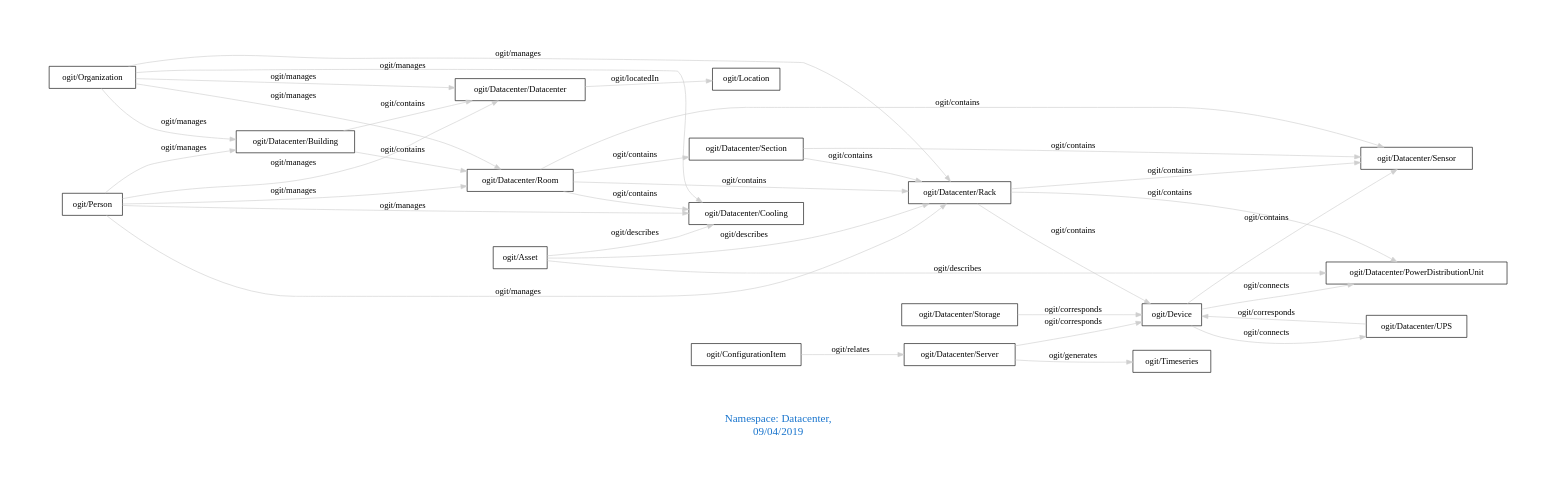
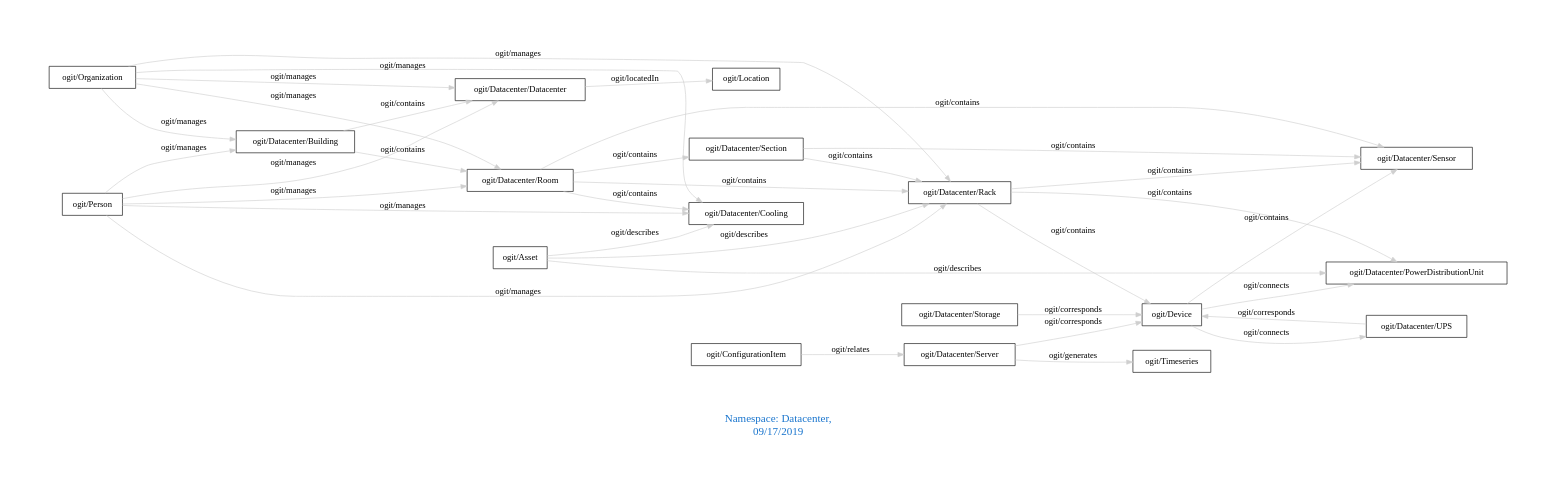
One commit to arago/OGIT changed the diagram in downloads/Datacenter.dot. Above: the diagram before and after it, drawn with Graphviz. The commit also changed 148 other files, not shown here.

```diff
--- a/downloads/Datacenter.dot
+++ b/downloads/Datacenter.dot
@@ -1,41 +1,41 @@
 digraph OGIT_ontology {
  graph [ rankdir= LR,pad=1 
 fontsize = 18,
-fontcolor= dodgerblue3,label = "\n\n\nNamespace: Datacenter, \n 09/04/2019"];
+fontcolor= dodgerblue3,label = "\n\n\nNamespace: Datacenter, \n 09/17/2019"];
 node[shape=polygon];
 edge [  color="gray81"];
 
    "ogit/Datacenter/Building" -> "ogit/Datacenter/Datacenter" [label="   ogit/contains    "];
    "ogit/Datacenter/Building" -> "ogit/Datacenter/Room" [label="   ogit/contains    "];
    "ogit/Datacenter/Rack" -> "ogit/Datacenter/Sensor" [label="   ogit/contains    "];
    "ogit/Datacenter/Rack" -> "ogit/Datacenter/PowerDistributionUnit" [label="   ogit/contains    "];
    "ogit/Datacenter/Rack" -> "ogit/Device" [label="   ogit/contains    "];
    "ogit/Datacenter/Room" -> "ogit/Datacenter/Rack" [label="   ogit/contains    "];
    "ogit/Datacenter/Room" -> "ogit/Datacenter/Cooling" [label="   ogit/contains    "];
    "ogit/Datacenter/Room" -> "ogit/Datacenter/Sensor" [label="   ogit/contains    "];
    "ogit/Datacenter/Room" -> "ogit/Datacenter/Section" [label="   ogit/contains    "];
    "ogit/Datacenter/Section" -> "ogit/Datacenter/Sensor" [label="   ogit/contains    "];
    "ogit/Datacenter/Section" -> "ogit/Datacenter/Rack" [label="   ogit/contains    "];
    "ogit/Device" -> "ogit/Datacenter/Sensor" [label="   ogit/contains    "];
    "ogit/Organization" -> "ogit/Datacenter/Room" [label="   ogit/manages    "];
    "ogit/Organization" -> "ogit/Datacenter/Rack" [label="   ogit/manages    "];
    "ogit/Organization" -> "ogit/Datacenter/Datacenter" [label="   ogit/manages    "];
    "ogit/Organization" -> "ogit/Datacenter/Cooling" [label="   ogit/manages    "];
    "ogit/Organization" -> "ogit/Datacenter/Building" [label="   ogit/manages    "];
    "ogit/Person" -> "ogit/Datacenter/Room" [label="   ogit/manages    "];
    "ogit/Person" -> "ogit/Datacenter/Rack" [label="   ogit/manages    "];
    "ogit/Person" -> "ogit/Datacenter/Datacenter" [label="   ogit/manages    "];
    "ogit/Person" -> "ogit/Datacenter/Cooling" [label="   ogit/manages    "];
    "ogit/Person" -> "ogit/Datacenter/Building" [label="   ogit/manages    "];
    "ogit/Datacenter/Server" -> "ogit/Timeseries" [label="   ogit/generates    "];
    "ogit/Asset" -> "ogit/Datacenter/Rack" [label="   ogit/describes    "];
    "ogit/Asset" -> "ogit/Datacenter/PowerDistributionUnit" [label="   ogit/describes    "];
    "ogit/Asset" -> "ogit/Datacenter/Cooling" [label="   ogit/describes    "];
    "ogit/Device" -> "ogit/Datacenter/PowerDistributionUnit" [label="   ogit/connects    "];
    "ogit/Device" -> "ogit/Datacenter/UPS" [label="   ogit/connects    "];
    "ogit/Datacenter/Datacenter" -> "ogit/Location" [label="   ogit/locatedIn    "];
    "ogit/Datacenter/Server" -> "ogit/Device" [label="   ogit/corresponds    "];
    "ogit/Datacenter/Storage" -> "ogit/Device" [label="   ogit/corresponds    "];
    "ogit/Datacenter/UPS" -> "ogit/Device" [label="   ogit/corresponds    "];
    "ogit/ConfigurationItem" -> "ogit/Datacenter/Server" [label="   ogit/relates    "];
 }
```
